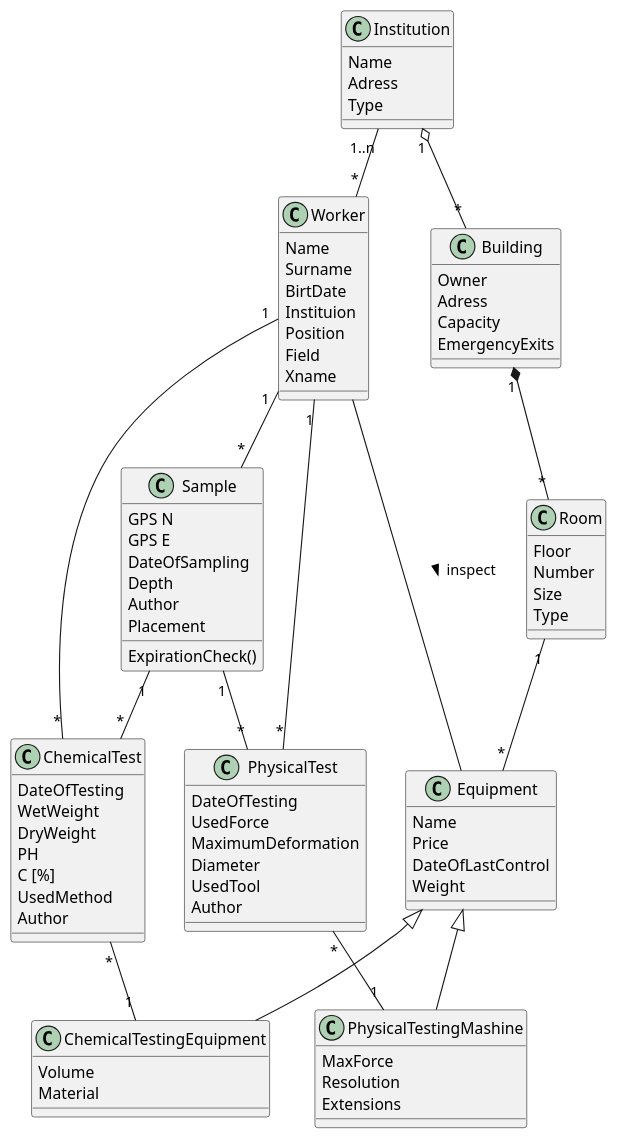
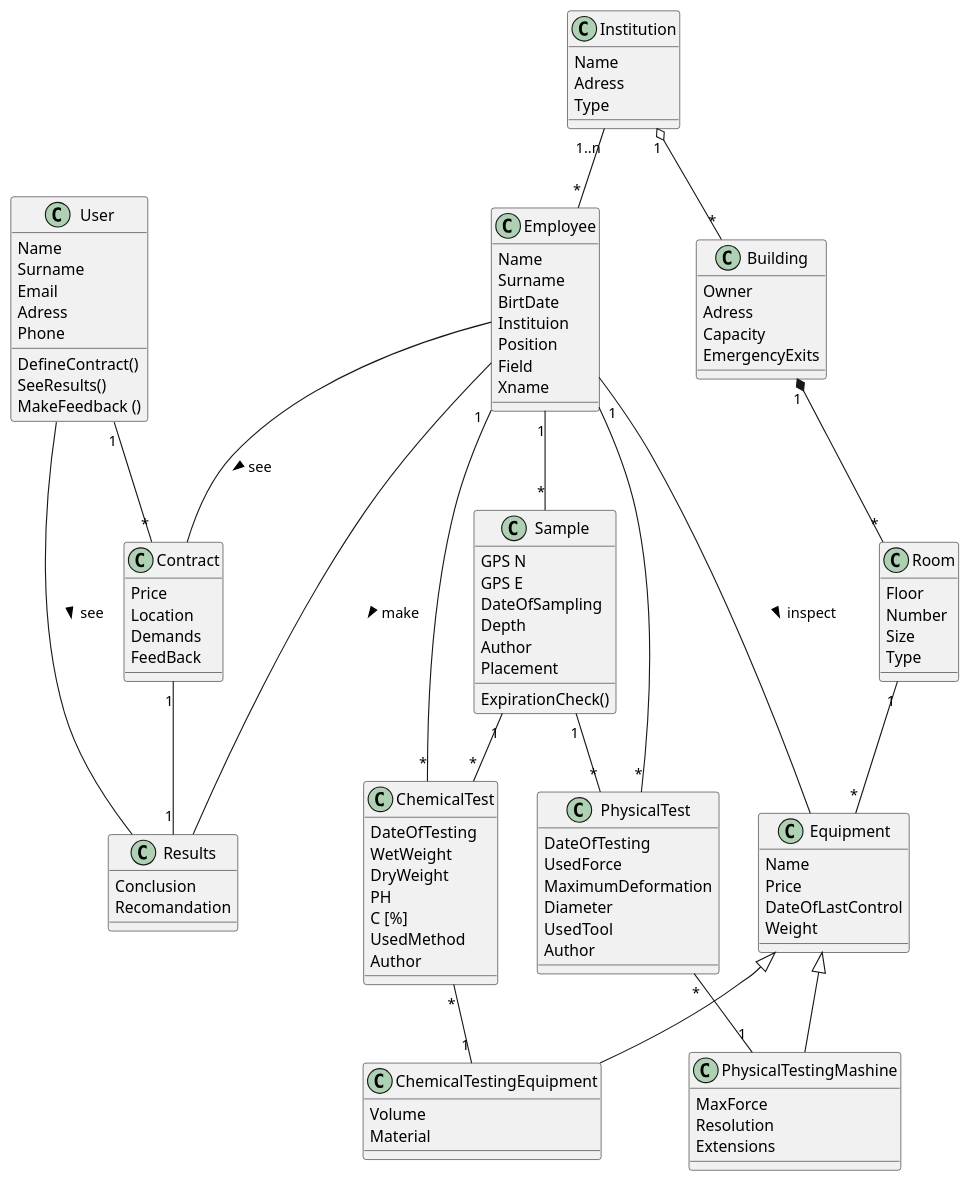
Before and after one commit to Bezobsahu/MyMasterDegree: the first of 6 diagrams in FirstSemester/UMLproject.md, drawn with PlantUML. The commit also changed other lines of this file and 125 other files, not shown here.

````diff
--- a/FirstSemester/UMLproject.md
+++ b/FirstSemester/UMLproject.md
@@ -2,4 +16,25 @@
 ```PlantUML
+
+class Contract{
+    Price
+    Location
+    Demands
+    FeedBack
+
+}
+
+class User{
+    Name
+    Surname
+    Email
+    Adress
+    Phone
+    DefineContract()
+    SeeResults()
+    MakeFeedback ()
+
+}
+
 class Sample{
     GPS N
     GPS E
@@ -13,7 +48,12 @@
     
 }
 
-class Worker{
+class Results {
+    Conclusion
+    Recomandation
+}
+
+class Employee{
     Name
     Surname
     BirtDate
@@ -24,6 +64,8 @@
     
 
 }
+
+
 
 class ChemicalTest{
     DateOfTesting
@@ -76,20 +118,24 @@
     Size
     Type
 }
+User "1"--"*" Contract
+Contract "1" -- "1" Results
+User - Results : see >
 
 Sample "1" -- "*" PhysicalTest
 Sample "1" -- "*" ChemicalTest
 
-Worker "1" -- "*" Sample
-Worker "1" -- "*" ChemicalTest
-Worker "1" -- "*" PhysicalTest
-Worker - Equipment: inspect >
-
+Employee "1" -- "*" Sample
+Employee "1" -- "*" ChemicalTest
+Employee "1" -- "*" PhysicalTest
+Employee -- Equipment: inspect >
+Employee - Results : make >
+Employee -- Contract : see >
 Equipment <|-- PhysicalTestingMashine
 Equipment <|-- ChemicalTestingEquipment
 
 Institution "1" o-- "*" Building
-Institution "1..n" -- "*" Worker
+Institution "1..n" -- "*" Employee
 
 Building "1" *-- "*" Room
 
````
